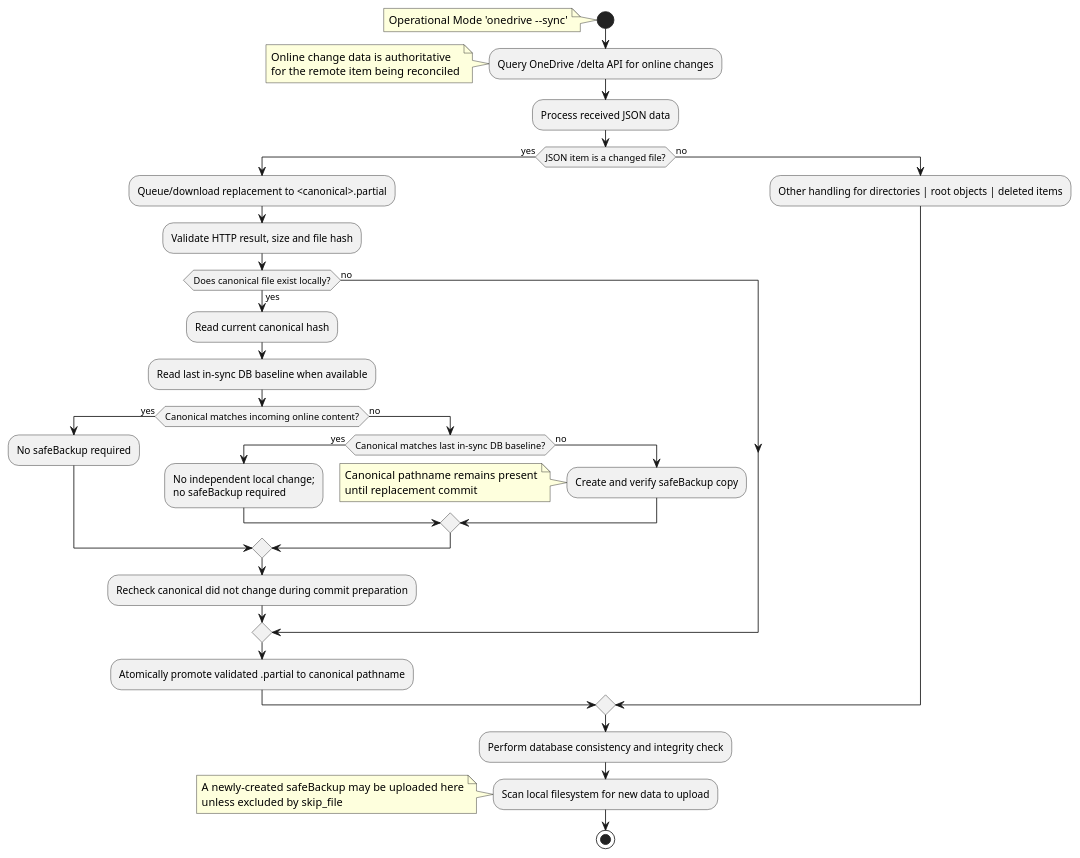
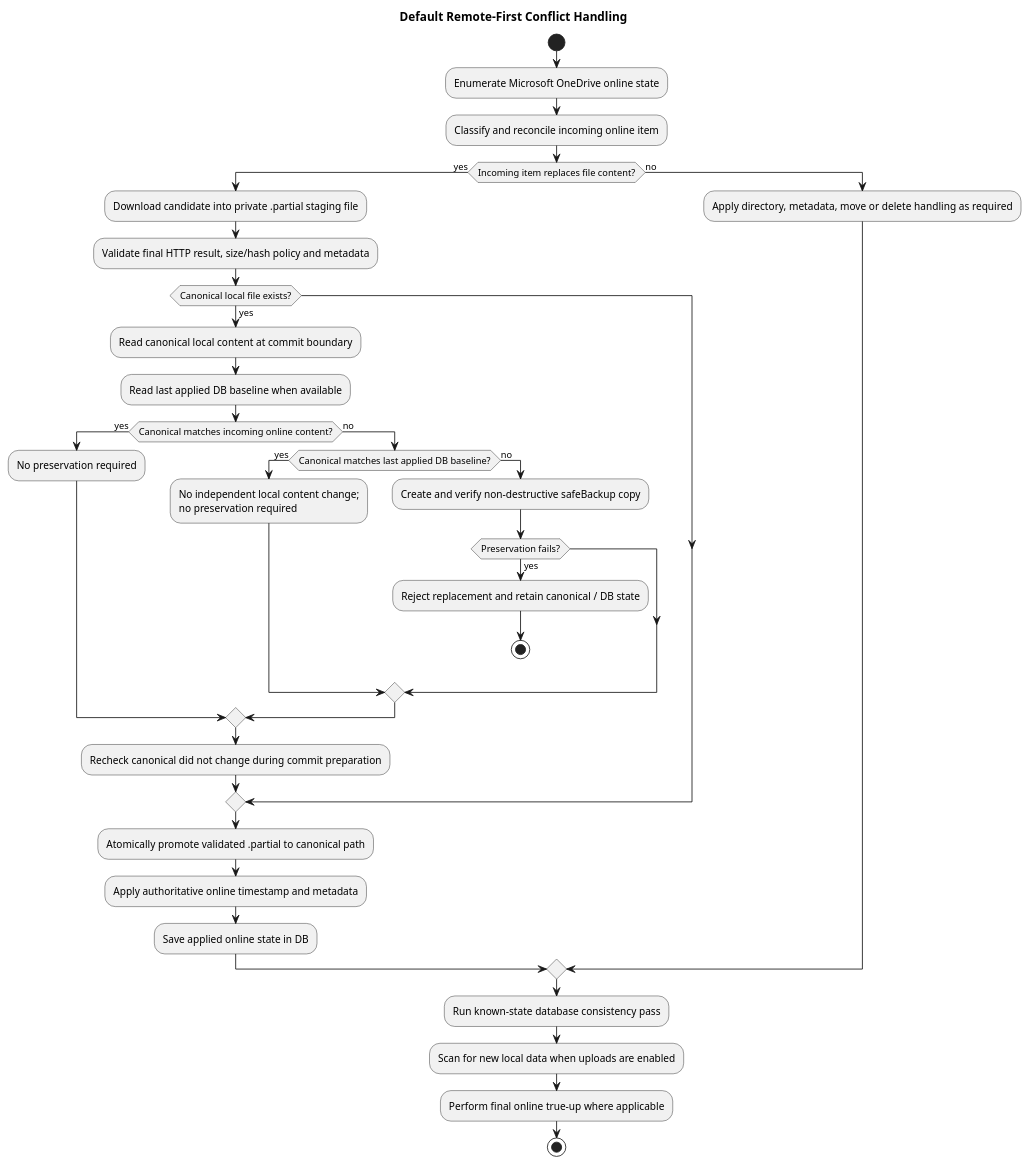
The diagram in docs/puml/conflict_handling_default.puml (abraunegg/onedrive), drawn with PlantUML before and after one commit. The commit also changed 45 other files, not shown here.

First line of the commit message:
Update architecture documentation

```diff
--- a/docs/puml/conflict_handling_default.puml
+++ b/docs/puml/conflict_handling_default.puml
@@ -1,34 +1,41 @@
 @startuml
+title Default Remote-First Conflict Handling
 start
-note left: Operational Mode 'onedrive --sync'
-:Query OneDrive /delta API for online changes;
-note left: Online change data is authoritative\nfor the remote item being reconciled
-:Process received JSON data;
-if (JSON item is a changed file?) then (yes)
-  :Queue/download replacement to <canonical>.partial;
-  :Validate HTTP result, size and file hash;
-  if (Does canonical file exist locally?) then (yes)
-    :Read current canonical hash;
-    :Read last in-sync DB baseline when available;
+
+:Enumerate Microsoft OneDrive online state;
+:Classify and reconcile incoming online item;
+if (Incoming item replaces file content?) then (yes)
+  :Download candidate into private .partial staging file;
+  :Validate final HTTP result, size/hash policy and metadata;
+
+  if (Canonical local file exists?) then (yes)
+    :Read canonical local content at commit boundary;
+    :Read last applied DB baseline when available;
     if (Canonical matches incoming online content?) then (yes)
-      :No safeBackup required;
+      :No preservation required;
     else (no)
-      if (Canonical matches last in-sync DB baseline?) then (yes)
-        :No independent local change;\nno safeBackup required;
+      if (Canonical matches last applied DB baseline?) then (yes)
+        :No independent local content change;\nno preservation required;
       else (no)
-        :Create and verify safeBackup copy;
-        note left: Canonical pathname remains present\nuntil replacement commit
+        :Create and verify non-destructive safeBackup copy;
+        if (Preservation fails?) then (yes)
+          :Reject replacement and retain canonical / DB state;
+          stop
+        endif
       endif
     endif
     :Recheck canonical did not change during commit preparation;
-  else (no)
   endif
-  :Atomically promote validated .partial to canonical pathname;
+
+  :Atomically promote validated .partial to canonical path;
+  :Apply authoritative online timestamp and metadata;
+  :Save applied online state in DB;
 else (no)
-  :Other handling for directories | root objects | deleted items;
+  :Apply directory, metadata, move or delete handling as required;
 endif
-:Perform database consistency and integrity check;
-:Scan local filesystem for new data to upload;
-note left: A newly-created safeBackup may be uploaded here\nunless excluded by skip_file
+
+:Run known-state database consistency pass;
+:Scan for new local data when uploads are enabled;
+:Perform final online true-up where applicable;
 stop
 @enduml
```
